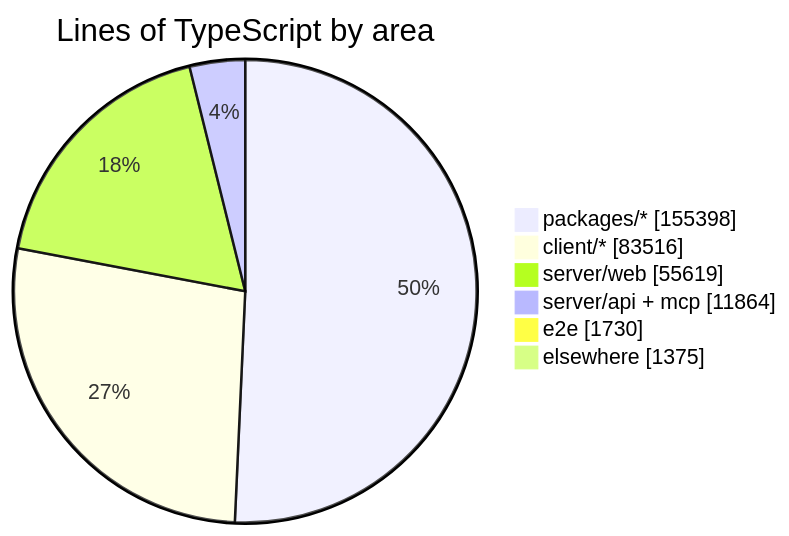
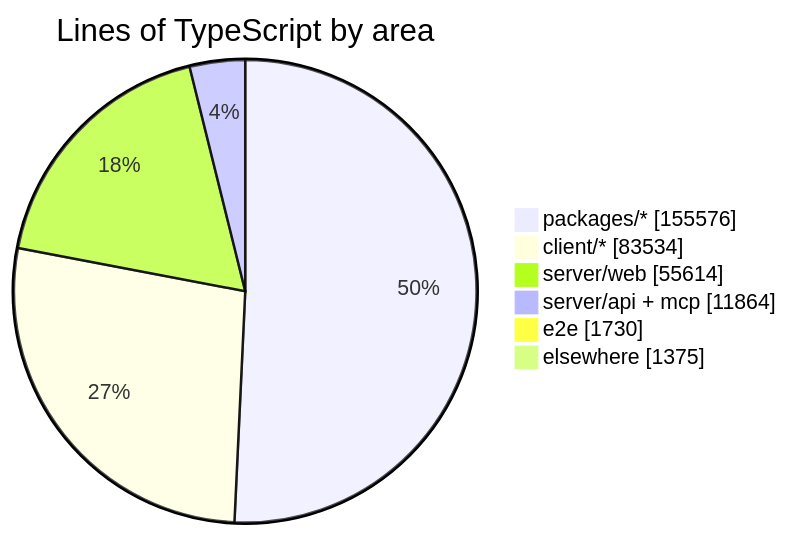
Before and after one commit to crossworks-engineering/mantle: the diagram in README.md, drawn with Mermaid. The commit also changed other lines of this file and 4 other files, not shown here.

````diff
--- a/README.md
+++ b/README.md
@@ -279,9 +279,9 @@
 ```mermaid
 pie showData title Lines of TypeScript by area
-    "packages/*" : 155398
-    "client/*" : 83516
-    "server/web" : 55619
+    "packages/*" : 155576
+    "client/*" : 83534
+    "server/web" : 55614
     "server/api + mcp" : 11864
     "e2e" : 1730
     "elsewhere" : 1375
 ```
````
